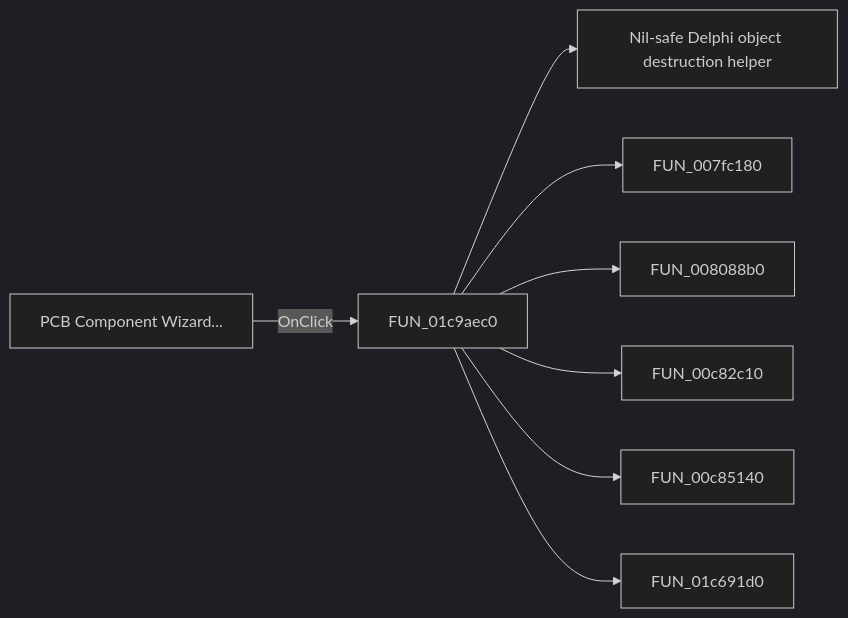
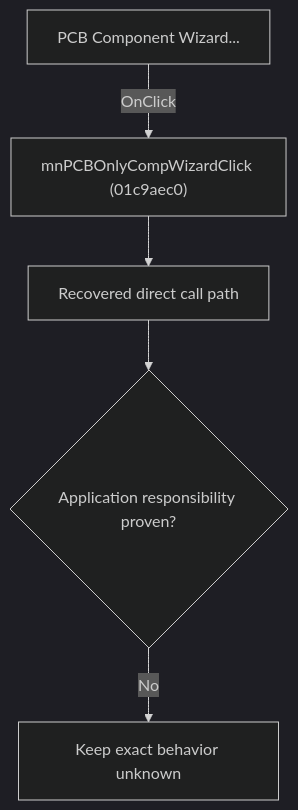
Before and after one commit to MovGP0/TIARA: the diagram in docs/ui-controls/schematiceditor/mnpcbonlycompwizard-dc99b65216.md, drawn with Mermaid (dark theme). The commit also changed other lines of this file and 1062 other files, not shown here.

````diff
--- a/docs/ui-controls/schematiceditor/mnpcbonlycompwizard-dc99b65216.md
+++ b/docs/ui-controls/schematiceditor/mnpcbonlycompwizard-dc99b65216.md
@@ -27,10 +27,7 @@
 ```mermaid
-flowchart LR
-    control["PCB Component Wizard..."] -->|OnClick| handler["FUN_01c9aec0"]
-    handler --> call1["Nil-safe Delphi object destruction helper"]
-    handler --> call2["FUN_007fc180"]
-    handler --> call3["FUN_008088b0"]
-    handler --> call4["FUN_00c82c10"]
-    handler --> call5["FUN_00c85140"]
-    handler --> call6["FUN_01c691d0"]
+flowchart TD
+    control["PCB Component Wizard..."] -->|"OnClick"| handler["mnPCBOnlyCompWizardClick (01c9aec0)"]
+    handler --> recovered["Recovered direct call path"]
+    recovered --> gap{"Application responsibility proven?"}
+    gap -->|"No"| blocked["Keep exact behavior unknown"]
 ```
````
